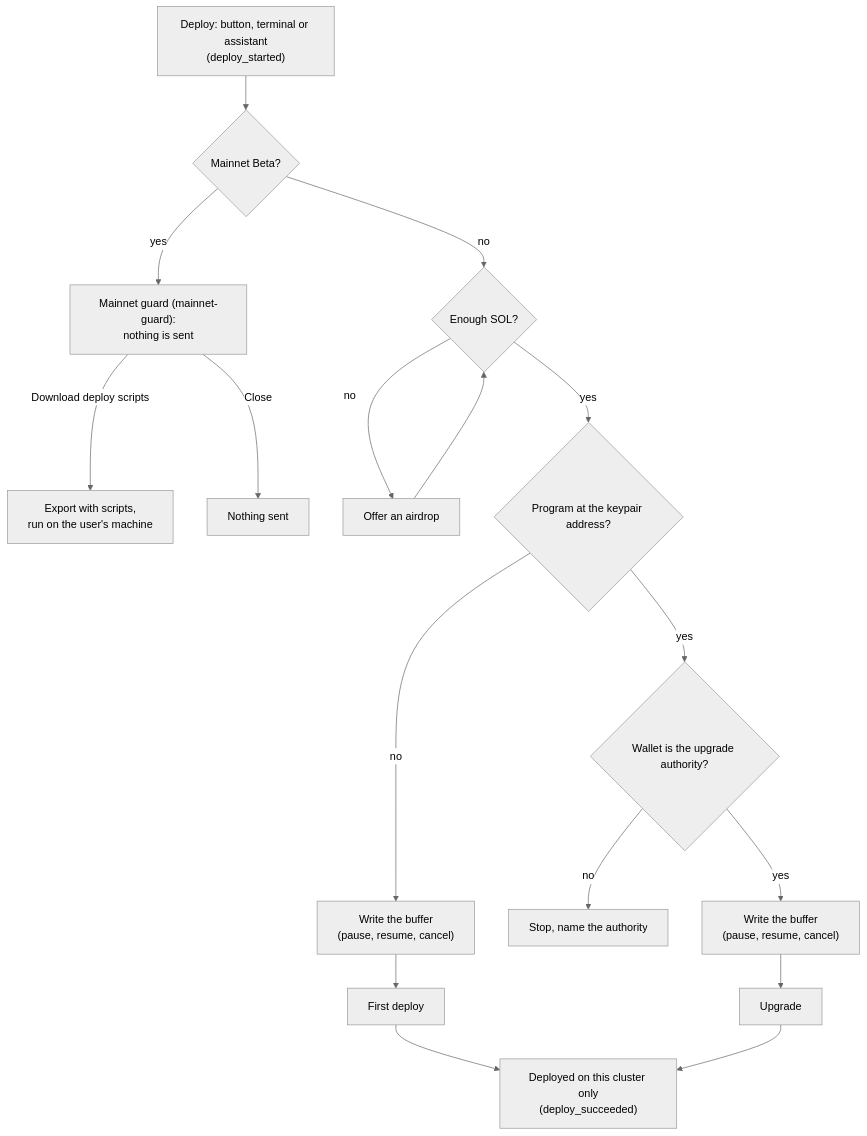
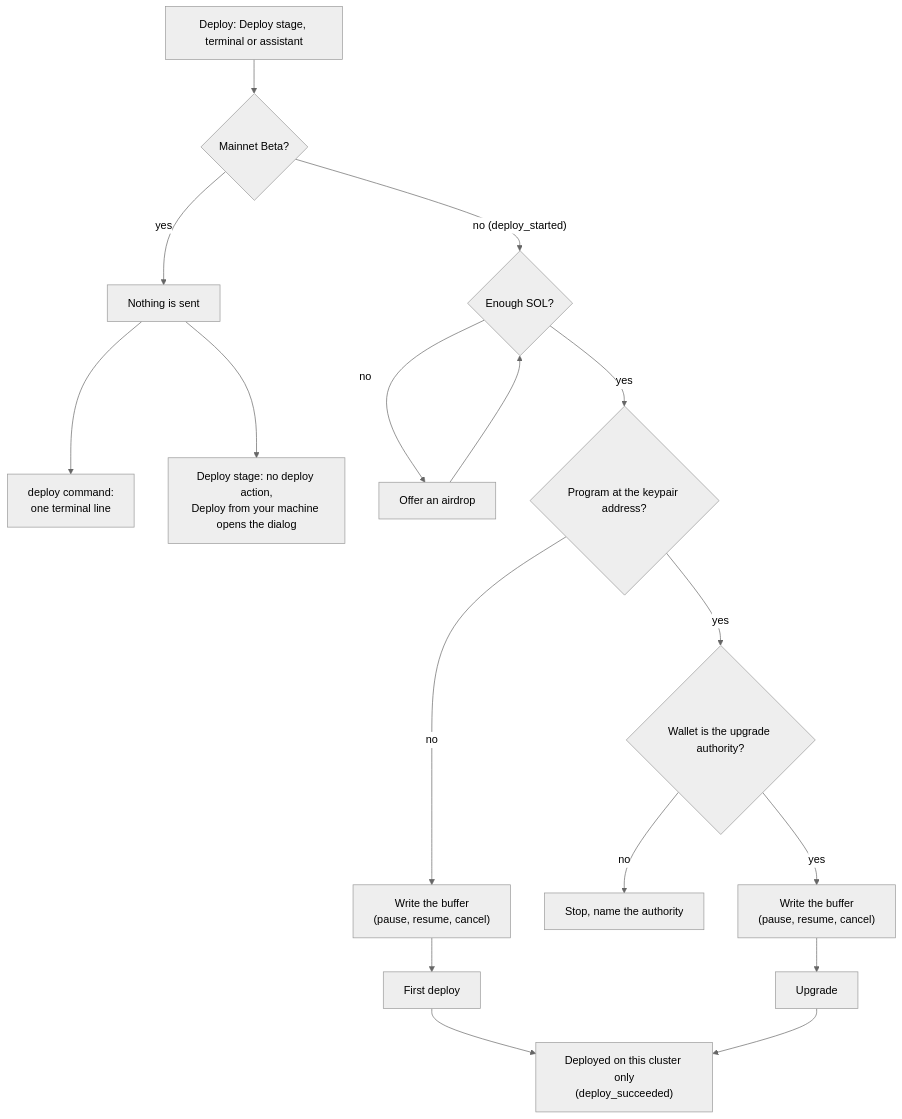
The diagram in openspec/changes/wbdi-flow/specs/client-v2-program-deploy/spec.md (solana-foundation/solana-playground), drawn with Mermaid (neutral theme) before and after one commit. The commit also changed other lines of this file and 10 other files, not shown here.

````diff
--- a/openspec/changes/wbdi-flow/specs/client-v2-program-deploy/spec.md
+++ b/openspec/changes/wbdi-flow/specs/client-v2-program-deploy/spec.md
@@ -9,16 +9,16 @@
 ```mermaid
 flowchart TD
-  start["Deploy: button, terminal or assistant<br/>(deploy_started)"] --> net{"Mainnet Beta?"}
-  net -- yes --> guard["Mainnet guard (mainnet-guard):<br/>nothing is sent"]
-  guard -- Download deploy scripts --> scripts["Export with scripts,<br/>run on the user's machine"]
-  guard -- Close --> stop["Nothing sent"]
-  net -- no --> bal{"Enough SOL?"}
+  start["Deploy: Deploy stage, terminal or assistant"] --> net{"Mainnet Beta?"}
+  net -- yes --> stop["Nothing is sent"]
+  stop --> line["deploy command:<br/>one terminal line"]
+  stop --> machine["Deploy stage: no deploy action,<br/>Deploy from your machine opens the dialog"]
+  net -- "no (deploy_started)" --> bal{"Enough SOL?"}
   bal -- no --> air["Offer an airdrop"] --> bal
   bal -- yes --> exists{"Program at the keypair address?"}
   exists -- no --> buffer["Write the buffer<br/>(pause, resume, cancel)"] --> first["First deploy"]
   exists -- yes --> auth{"Wallet is the upgrade authority?"}
   auth -- no --> refuse["Stop, name the authority"]
   auth -- yes --> buffer2["Write the buffer<br/>(pause, resume, cancel)"] --> upgrade["Upgrade"]
   first --> done["Deployed on this cluster only<br/>(deploy_succeeded)"]
   upgrade --> done
 ```
````
